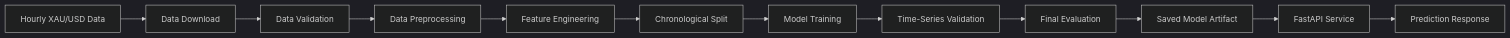
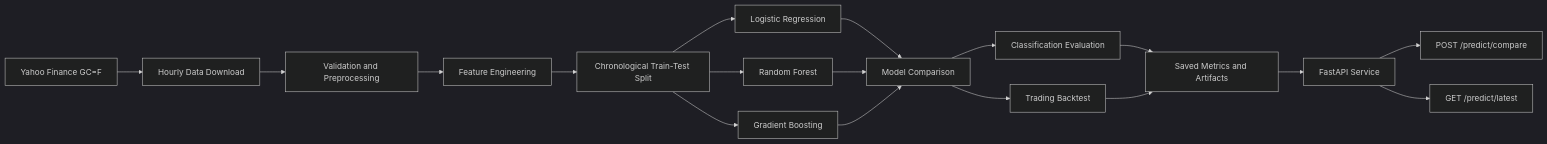
Before and after one commit to chauhanmuskan291980-wq/gold-price-direction-predictor: the first of 15 diagrams in docs/architecture.md, drawn with Mermaid (dark theme). The commit also changed other lines of this file and 2 other files, not shown here.

Commit message:
docs: align documentation with three-model architecture and updated API

````diff
--- a/docs/architecture.md
+++ b/docs/architecture.md
@@ -23,14 +62,24 @@
 ```mermaid
 flowchart LR
-    A[Hourly XAU/USD Data] --> B[Data Download]
-    B --> C[Data Validation]
-    C --> D[Data Preprocessing]
-    D --> E[Feature Engineering]
-    E --> F[Chronological Split]
-    F --> G[Model Training]
-    G --> H[Time-Series Validation]
-    H --> I[Final Evaluation]
-    I --> J[Saved Model Artifact]
+    A[Yahoo Finance GC=F] --> B[Hourly Data Download]
+    B --> C[Validation and Preprocessing]
+    C --> D[Feature Engineering]
+    D --> E[Chronological Train-Test Split]
+
+    E --> F1[Logistic Regression]
+    E --> F2[Random Forest]
+    E --> F3[Gradient Boosting]
+
+    F1 --> G[Model Comparison]
+    F2 --> G
+    F3 --> G
+
+    G --> H[Classification Evaluation]
+    G --> I[Trading Backtest]
+    H --> J[Saved Metrics and Artifacts]
+    I --> J
+
     J --> K[FastAPI Service]
-    K --> L[Prediction Response]
+    K --> L1[POST /predict/compare]
+    K --> L2[GET /predict/latest]
 ```
````
